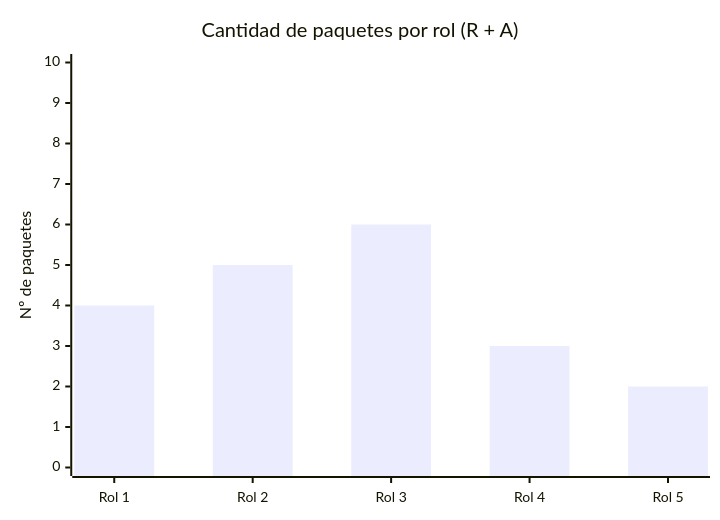
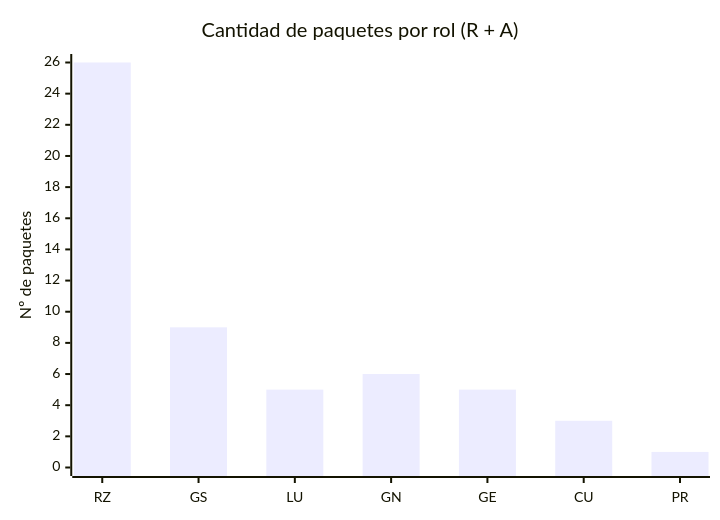
The second of 2 diagrams in docs/03-raci/matriz-raci.md (griren91/Gestion_de_Proyectos_Grupo_NR_4), drawn with Mermaid before and after one commit. The commit also changed other lines of this file, not shown here.

````diff
--- a/docs/03-raci/matriz-raci.md
+++ b/docs/03-raci/matriz-raci.md
@@ -30,7 +100,7 @@
 ```mermaid
 xychart-beta
     title "Cantidad de paquetes por rol (R + A)"
-    x-axis ["Rol 1", "Rol 2", "Rol 3", "Rol 4", "Rol 5"]
-    y-axis "Nº de paquetes" 0 --> 10
-    bar [4, 5, 6, 3, 2]
+    x-axis ["RZ", "GS", "LU", "GN", "GE", "CU", "PR"]
+    y-axis "Nº de paquetes" 0 --> 26
+    bar [26, 9, 5, 6, 5, 3, 1]
 ```
````
